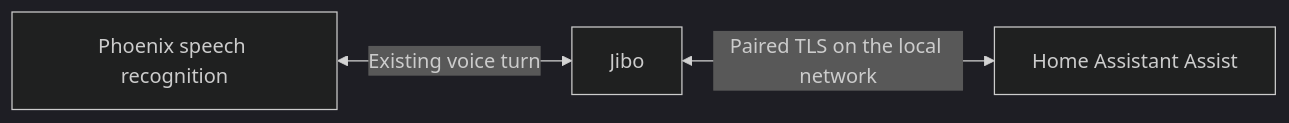
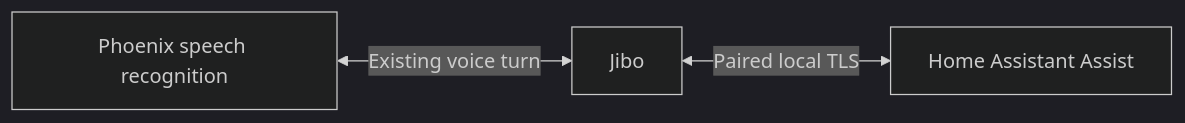
The diagram in docs/HOME-ASSISTANT.md (Paskooter/phoenix), drawn with Mermaid (dark theme) before and after one commit. The commit also changed other lines of this file and 1 other file, not shown here.

Commit message:
Document single-code Home Assistant pairing and local robot controls

````diff
--- a/docs/HOME-ASSISTANT.md
+++ b/docs/HOME-ASSISTANT.md
@@ -7,5 +7,5 @@
 ```mermaid
 flowchart LR
   P[Phoenix speech recognition] <-->|Existing voice turn| J[Jibo]
-  J <-->|Paired TLS on the local network| H[Home Assistant Assist]
+  J <-->|Paired local TLS| H[Home Assistant Assist]
 ```
````
